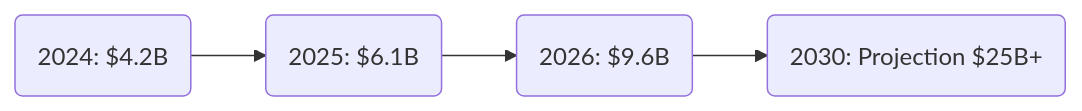
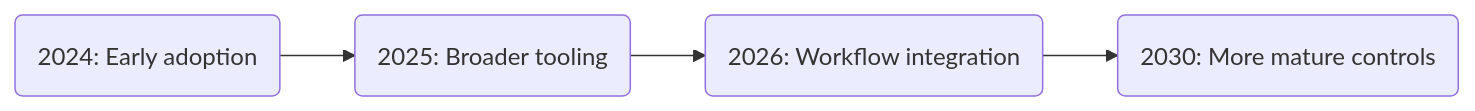
The second of 2 diagrams in content/ai-trading-performance-india-2026/index.mdx (Radii-Holdings/web-home), drawn with Mermaid before and after one commit. The commit also changed other lines of this file and 32 other files, not shown here.

````diff
--- a/content/ai-trading-performance-india-2026/index.mdx
+++ b/content/ai-trading-performance-india-2026/index.mdx
@@ -72,6 +74,6 @@
 ```mermaid
 graph LR
-    2024(2024: $4.2B) --> 2025(2025: $6.1B)
-    2025 --> 2026(2026: $9.6B)
-    2026 --> 2030(2030: Projection $25B+)
+    2024(2024: Early adoption) --> 2025(2025: Broader tooling)
+    2025 --> 2026(2026: Workflow integration)
+    2026 --> 2030(2030: More mature controls)
 ```
````
